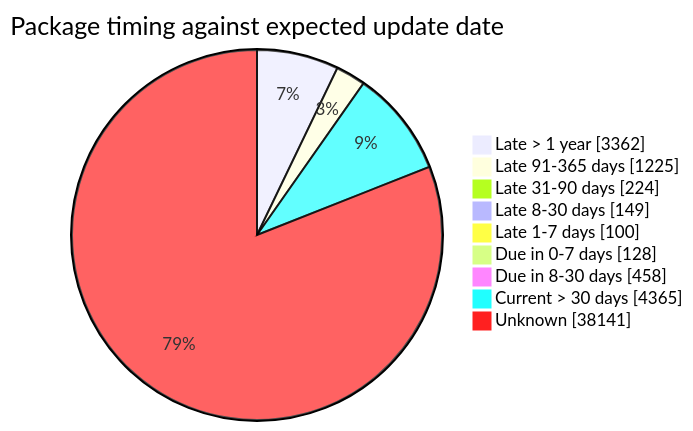
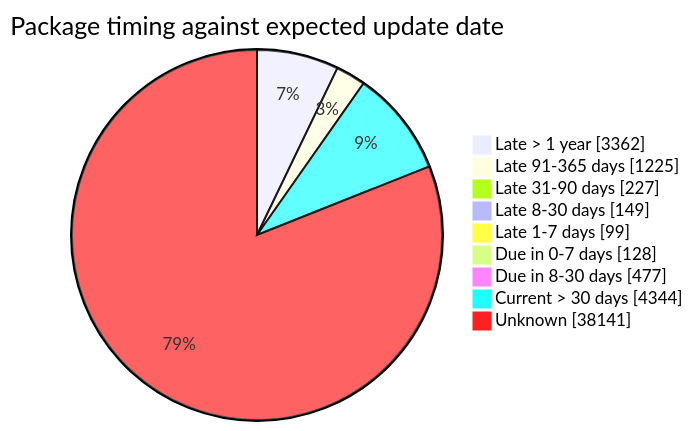
The fourth of 5 diagrams in FreshCheck/README.md (open-data/analytics-corporate-reporting), drawn with Mermaid before and after one commit. The commit also changed other lines of this file and 3 other files, not shown here.

````diff
--- a/FreshCheck/README.md
+++ b/FreshCheck/README.md
@@ -86,12 +86,12 @@
 ```mermaid
 pie showData title Package timing against expected update date
     "Late > 1 year": 3362
     "Late 91-365 days": 1225
-    "Late 31-90 days": 224
+    "Late 31-90 days": 227
     "Late 8-30 days": 149
-    "Late 1-7 days": 100
+    "Late 1-7 days": 99
     "Due in 0-7 days": 128
-    "Due in 8-30 days": 458
-    "Current > 30 days": 4365
+    "Due in 8-30 days": 477
+    "Current > 30 days": 4344
     "Unknown": 38141
 ```
````
